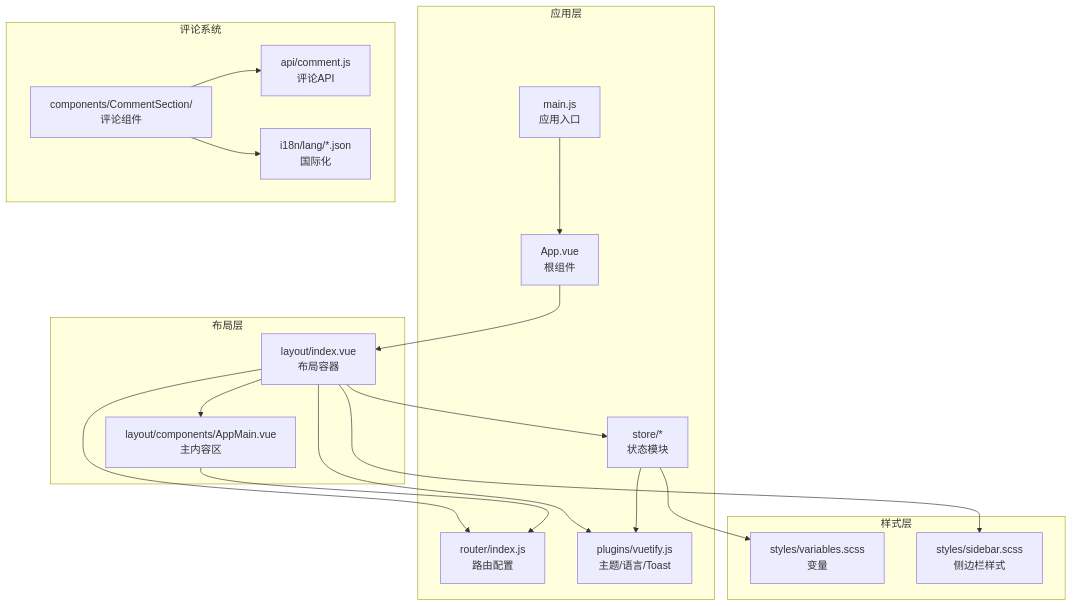
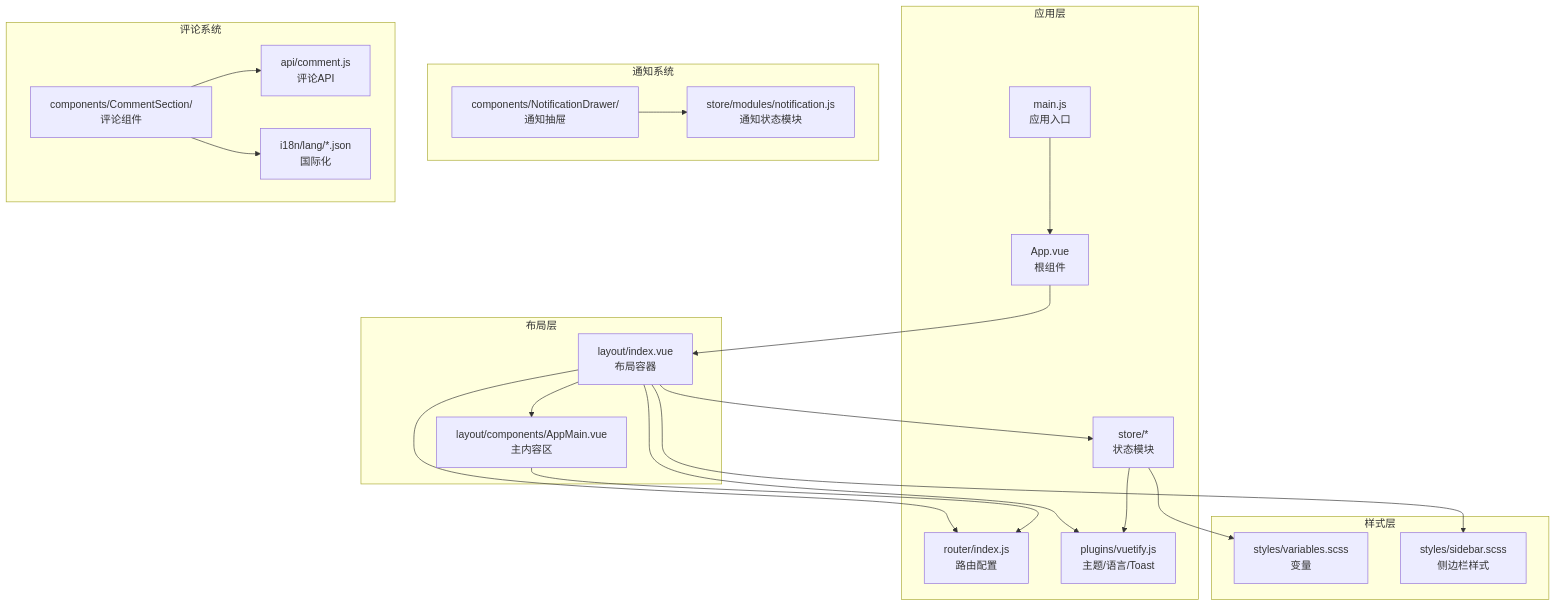
Before and after one commit to TinyMaD/SpeedRunnersLab: the first of 4 diagrams in .qoder/repowiki/zh/content/前端应用/组件架构/布局组件.md, drawn with Mermaid. The commit also changed other lines of this file and 9 other files, not shown here.

````diff
--- a/.qoder/repowiki/zh/content/前端应用/组件架构/布局组件.md
+++ b/.qoder/repowiki/zh/content/前端应用/组件架构/布局组件.md
@@ -51,35 +60,40 @@
 ```mermaid
 graph TB
 subgraph "布局层"
 L["layout/index.vue<br/>布局容器"]
 AM["layout/components/AppMain.vue<br/>主内容区"]
 end
 subgraph "应用层"
 APP["App.vue<br/>根组件"]
 MAIN["main.js<br/>应用入口"]
 ROUTER["router/index.js<br/>路由配置"]
 STORE["store/*<br/>状态模块"]
 VUETIFY["plugins/vuetify.js<br/>主题/语言/Toast"]
 end
 subgraph "样式层"
 VAR["styles/variables.scss<br/>变量"]
 SIDEBAR["styles/sidebar.scss<br/>侧边栏样式"]
 end
+subgraph "通知系统"
+NOTI["components/NotificationDrawer/<br/>通知抽屉"]
+NOTIMOD["store/modules/notification.js<br/>通知状态模块"]
+end
 subgraph "评论系统"
 COMMENT["components/CommentSection/<br/>评论组件"]
 API["api/comment.js<br/>评论API"]
 I18N["i18n/lang/*.json<br/>国际化"]
 end
 MAIN --> APP
 APP --> L
 L --> AM
 L --> ROUTER
 L --> STORE
 L --> VUETIFY
 L --> SIDEBAR
 AM --> ROUTER
 STORE --> VUETIFY
 STORE --> VAR
+NOTI --> NOTIMOD
 COMMENT --> API
 COMMENT --> I18N
 ```
````
